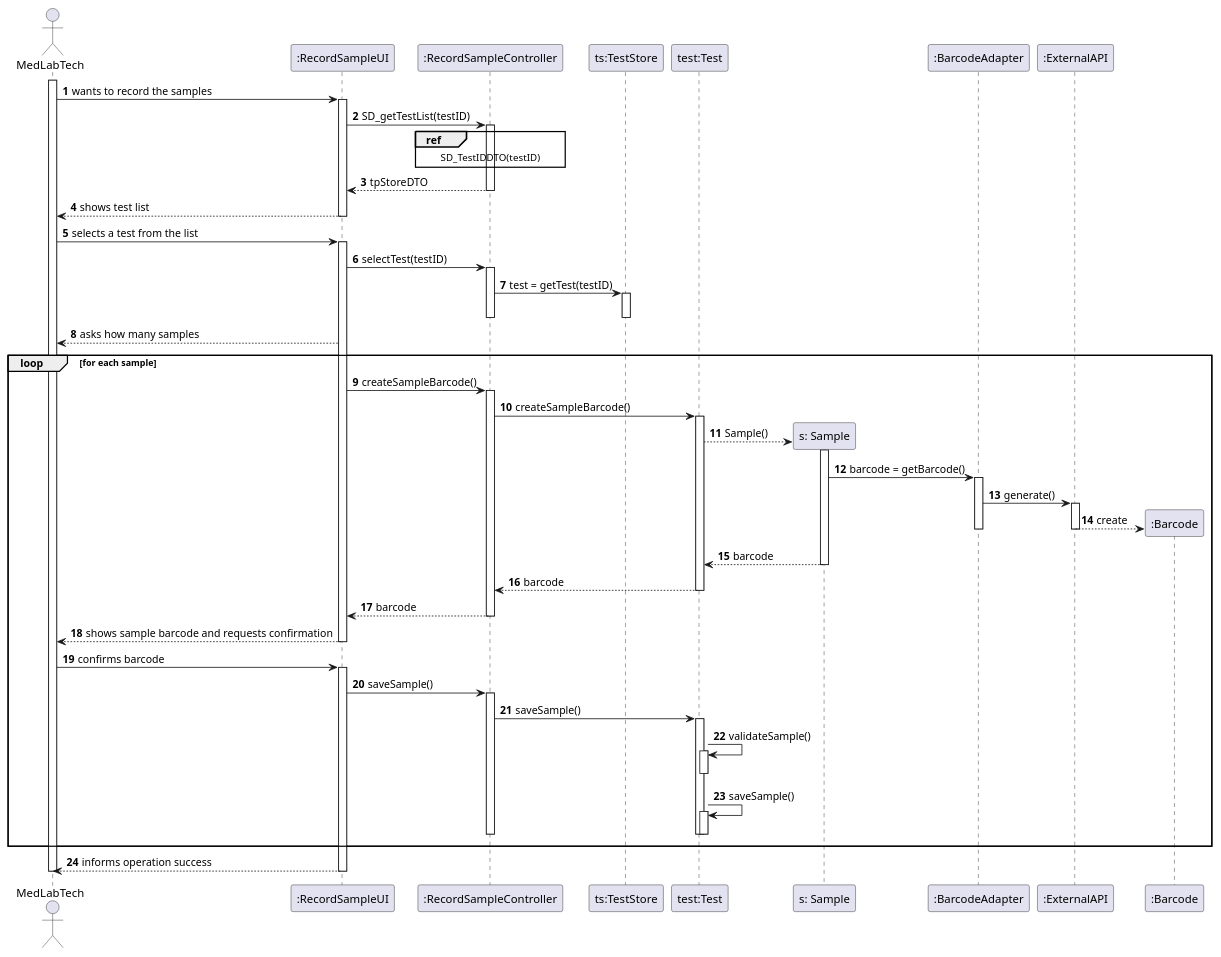
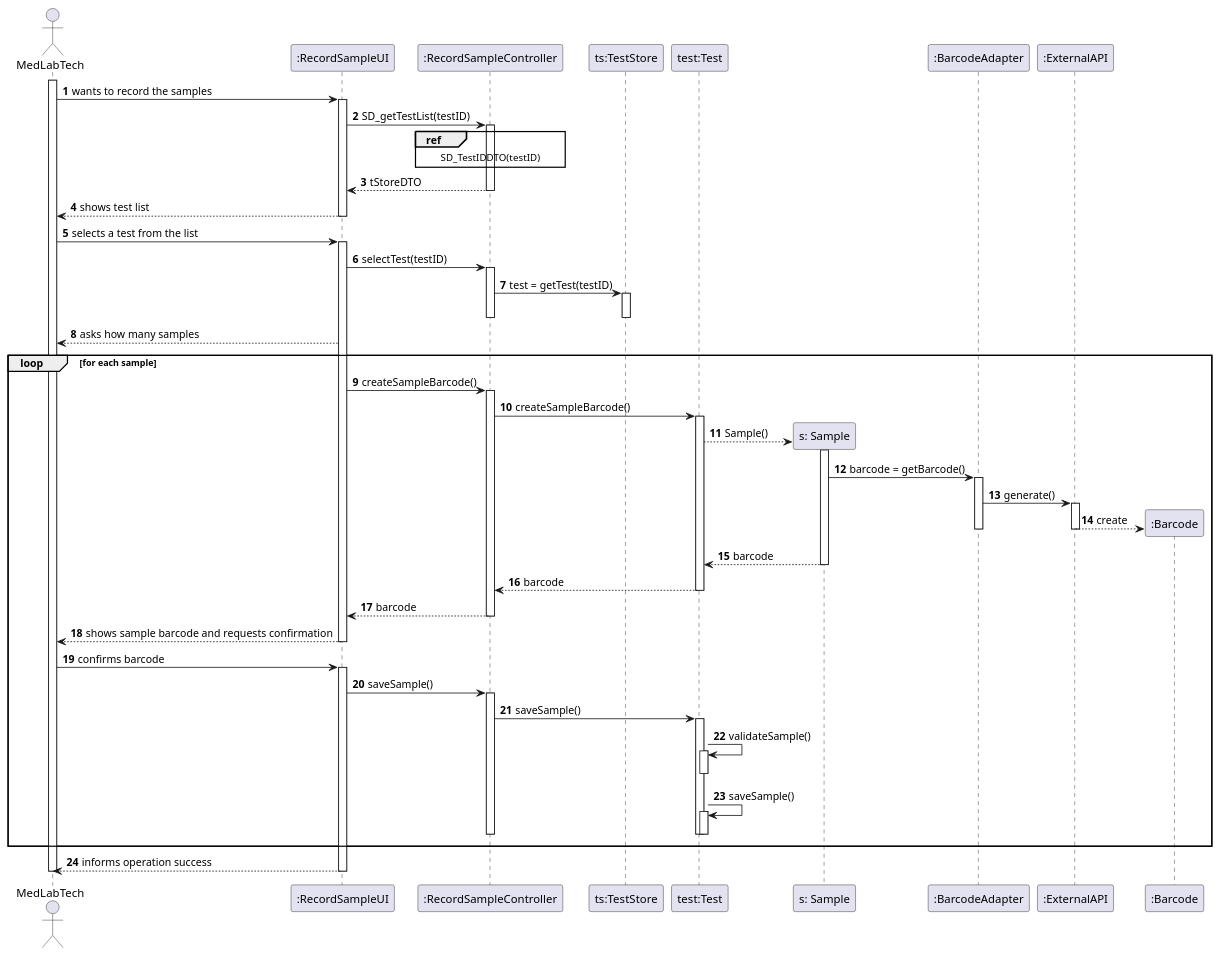
One commit to MarianaCLages/LAPR2 changed the diagram in docs/SprintC/US05/US5_SD.puml. Above: the diagram before and after it, drawn with PlantUML. The commit also changed 11 other files, not shown here.

```diff
--- a/docs/SprintC/US05/US5_SD.puml
+++ b/docs/SprintC/US05/US5_SD.puml
@@ -1,78 +1,78 @@
 @startuml
 autonumber
 actor MedLabTech as MLT
 participant ":RecordSampleUI" as UI
 participant ":RecordSampleController" as CTRL
 participant "ts:TestStore" as TT
 participant "test:Test" as t
 participant "s: Sample" as S
 participant ":BarcodeAdapter" as Bc
 participant ":ExternalAPI" as Ea
 participant ":Barcode" as Bar
 
 activate MLT
 MLT -> UI: wants to record the samples
 activate UI
 UI -> CTRL : SD_getTestList(testID)
 ref over CTRL: SD_TestIDDTO(testID)
 activate CTRL
-CTRL --> UI: tpStoreDTO
+CTRL --> UI: tStoreDTO
 deactivate CTRL
 
 UI --> MLT: shows test list
 deactivate UI
 MLT -> UI: selects a test from the list
 activate UI
 UI -> CTRL: selectTest(testID)
 activate CTRL
 CTRL -> TT:test = getTest(testID)
 activate TT
 deactivate
 deactivate
 UI --> MLT: asks how many samples
 loop for each sample
 UI -> CTRL: createSampleBarcode()
 activate CTRL
 CTRL -> t: createSampleBarcode()
 activate t
 t --> S**: Sample()
 activate S
 S -> Bc: barcode = getBarcode()
 activate Bc
 Bc -> Ea: generate()
 activate Ea
 Ea --> Bar** :create
 deactivate Ea
 deactivate Bc
 return barcode
 return barcode
 return barcode
 deactivate S
 deactivate t
 deactivate CTRL
 
 UI --> MLT: shows sample barcode and requests confirmation
 deactivate UI
 
 deactivate UI
 deactivate CTRL
 deactivate CTRL
 MLT -> UI: confirms barcode
 activate UI
 UI -> CTRL: saveSample()
 activate CTRL
 CTRL -> t: saveSample()
 activate t
 t -> t: validateSample()
 activate t
 deactivate
 t -> t: saveSample()
 activate t
 deactivate
 deactivate t
 deactivate CTRL
 end
 UI --> MLT: informs operation success
 deactivate UI
 deactivate MLT
 @enduml
```
